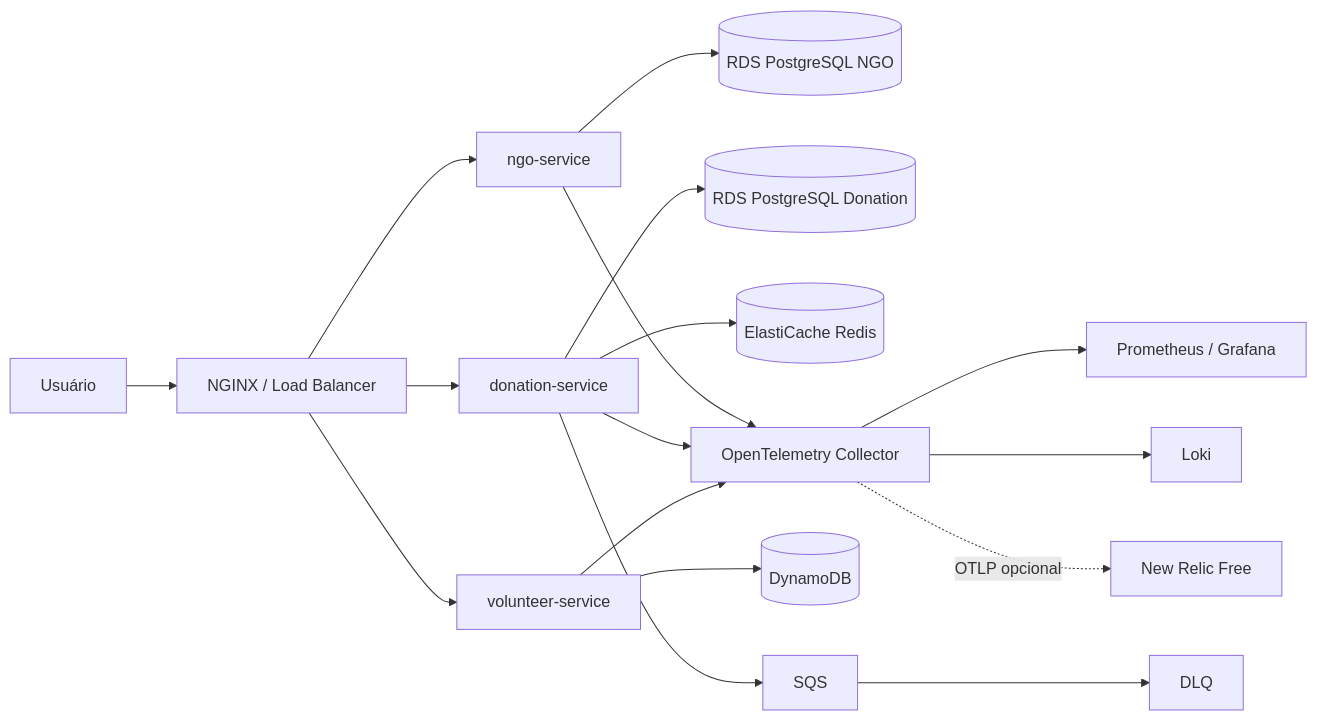
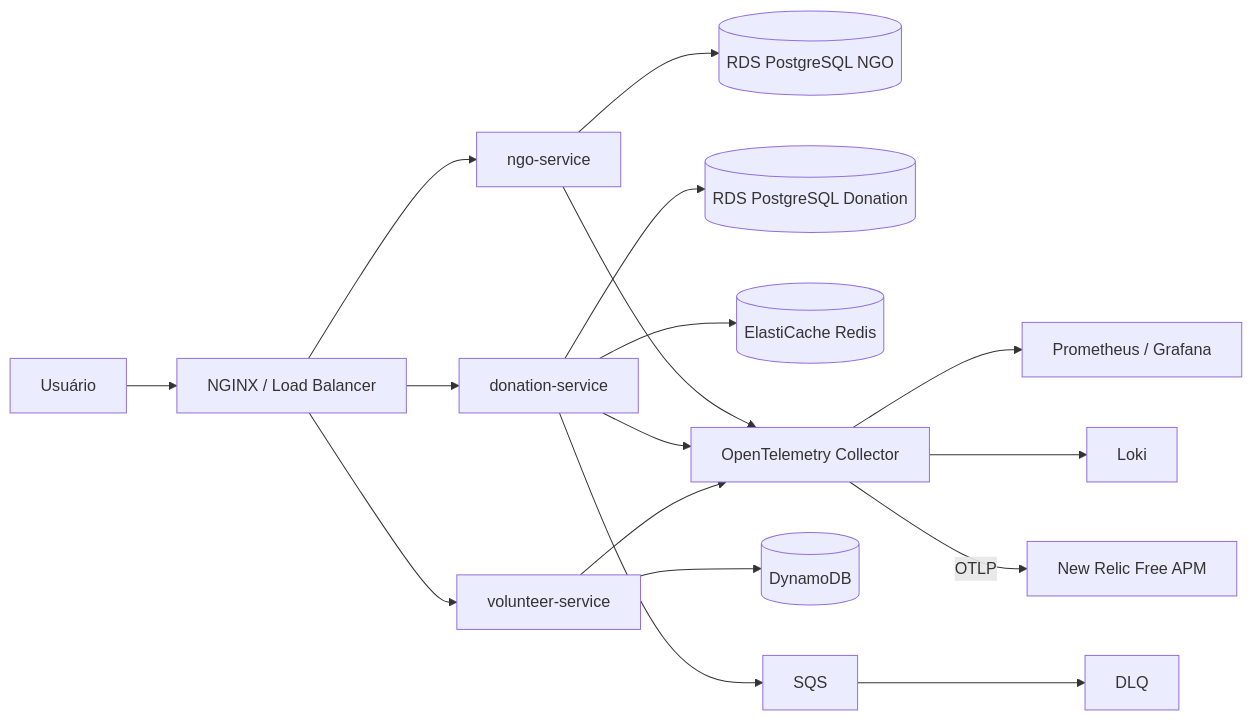
One commit to PhilipeMarchezini/hackathon-DCLT changed the first of 2 diagrams in docs/ARQUITETURA.md. Above: the diagram before and after it, drawn with Mermaid. The commit also changed 4 other files, not shown here.

First line of the commit message:
docs(apm): present New Relic as the delivered APM

````diff
--- a/docs/ARQUITETURA.md
+++ b/docs/ARQUITETURA.md
@@ -5,16 +5,16 @@
 ```mermaid
 flowchart LR
   U[Usuário] --> ALB[NGINX / Load Balancer]
   ALB --> NGO[ngo-service]
   ALB --> DON[donation-service]
   ALB --> VOL[volunteer-service]
   NGO --> R1[(RDS PostgreSQL NGO)]
   DON --> R2[(RDS PostgreSQL Donation)]
   DON --> REDIS[(ElastiCache Redis)]
   DON --> SQS[SQS] --> DLQ[DLQ]
   VOL --> DDB[(DynamoDB)]
   NGO & DON & VOL --> OTEL[OpenTelemetry Collector]
   OTEL --> PROM[Prometheus / Grafana]
   OTEL --> LOKI[Loki]
-  OTEL -. OTLP opcional .-> NR[New Relic Free]
+  OTEL -- OTLP --> NR[New Relic Free APM]
 ```
````
